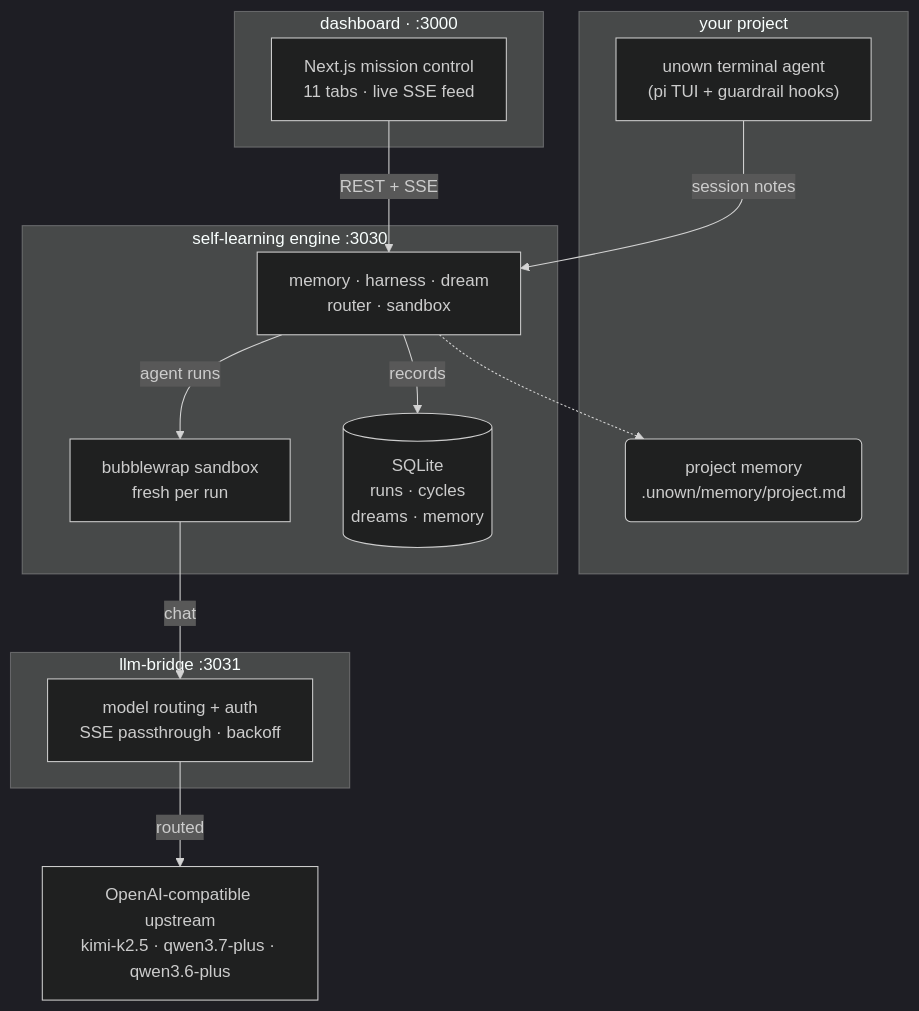
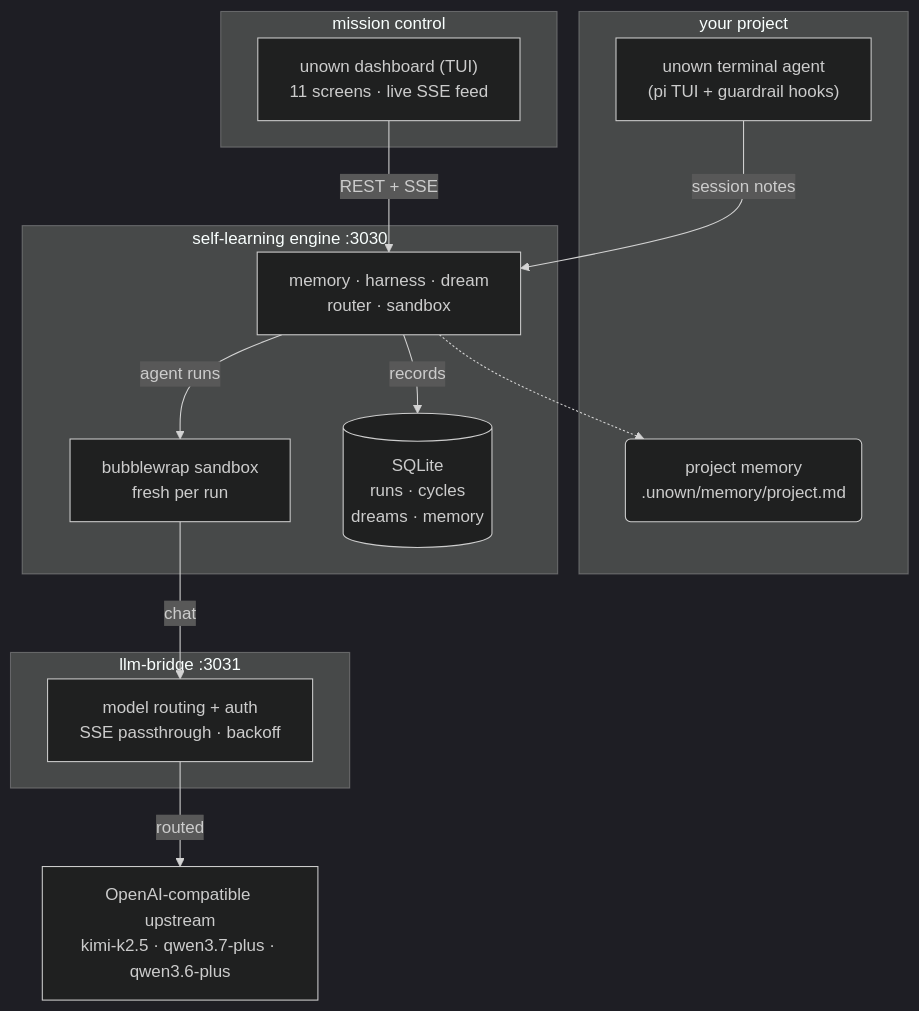
One commit to kanishka-namdeo/Unown changed the first of 2 diagrams in README.md. Above: the diagram before and after it, drawn with Mermaid (dark theme). The commit also changed other lines of this file and 190 other files, not shown here.

````diff
--- a/README.md
+++ b/README.md
@@ -47,27 +47,27 @@
 ```mermaid
 flowchart TB
     subgraph project["your project"]
         TUI["unown terminal agent<br>(pi TUI + guardrail hooks)"]
         PM("project memory<br>.unown/memory/project.md")
     end
-    subgraph dash["dashboard · :3000"]
-        UI["Next.js mission control<br>11 tabs · live SSE feed"]
+    subgraph dash["mission control"]
+        UI["unown dashboard (TUI)<br>11 screens · live SSE feed"]
     end
     subgraph engine["self-learning engine :3030"]
         ENG["memory · harness · dream<br>router · sandbox"]
         SB["bubblewrap sandbox<br>fresh per run"]
         DB[("SQLite<br>runs · cycles<br>dreams · memory")]
     end
     subgraph bridge["llm-bridge :3031"]
         BR["model routing + auth<br>SSE passthrough · backoff"]
     end
     LLM["OpenAI-compatible upstream<br>kimi-k2.5 · qwen3.7-plus · qwen3.6-plus"]
 
     TUI -- "session notes" --> ENG
     UI -- "REST + SSE" --> ENG
     ENG -- "agent runs" --> SB
     SB -- "chat" --> BR
     BR -- "routed" --> LLM
     ENG -- "records" --> DB
     ENG -.-> PM
 ```
````
